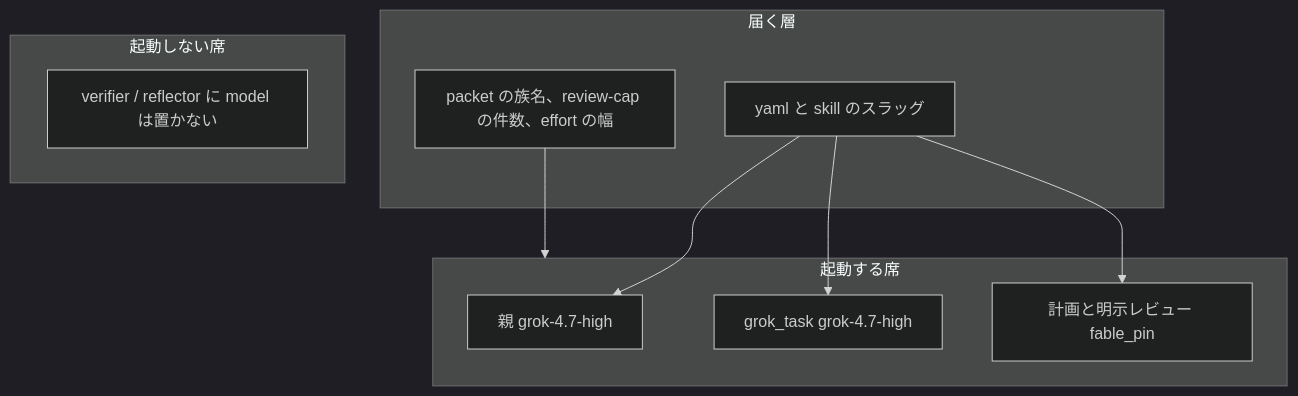
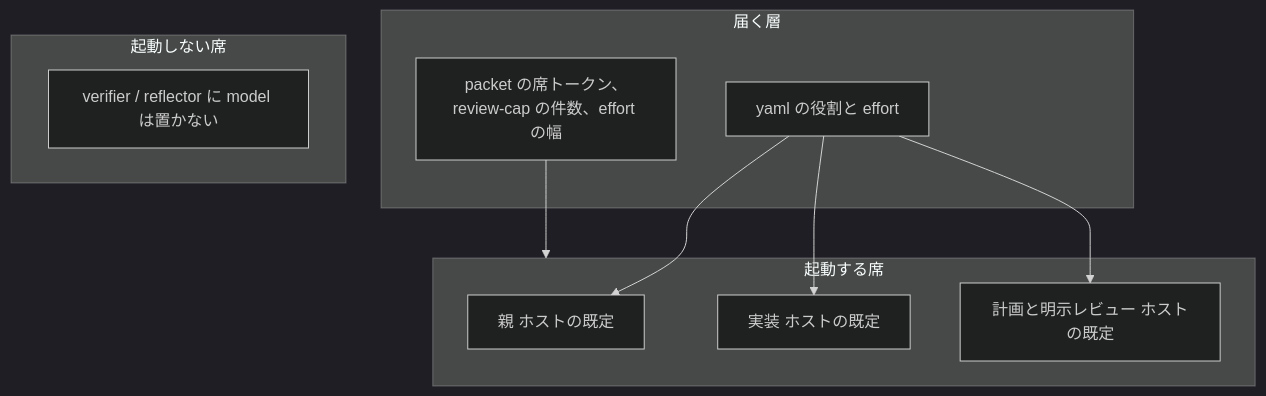
Before and after one commit to marumo333/SuiteLLM: the diagram in docs/multi-agent-and-pins.md, drawn with Mermaid (dark theme). The commit also changed other lines of this file and 26 other files, not shown here.

````diff
--- a/docs/multi-agent-and-pins.md
+++ b/docs/multi-agent-and-pins.md
@@ -9,19 +9,19 @@
 ```mermaid
 flowchart TB
   subgraph live["起動する席"]
-    parent["親 grok-4.7-high"]
-    task["grok_task grok-4.7-high"]
-    fable["計画と明示レビュー fable_pin"]
+    parent["親 ホストの既定"]
+    task["実装 ホストの既定"]
+    plan["計画と明示レビュー ホストの既定"]
   end
   subgraph write["届く層"]
-    yaml["yaml と skill のスラッグ"]
-    gate["packet の族名、review-cap の件数、effort の幅"]
+    yaml["yaml の役割と effort"]
+    gate["packet の席トークン、review-cap の件数、effort の幅"]
   end
   subgraph dead["起動しない席"]
     agent["verifier / reflector に model は置かない"]
   end
   yaml --> parent
   yaml --> task
-  yaml --> fable
+  yaml --> plan
   gate --> live
 ```
````
